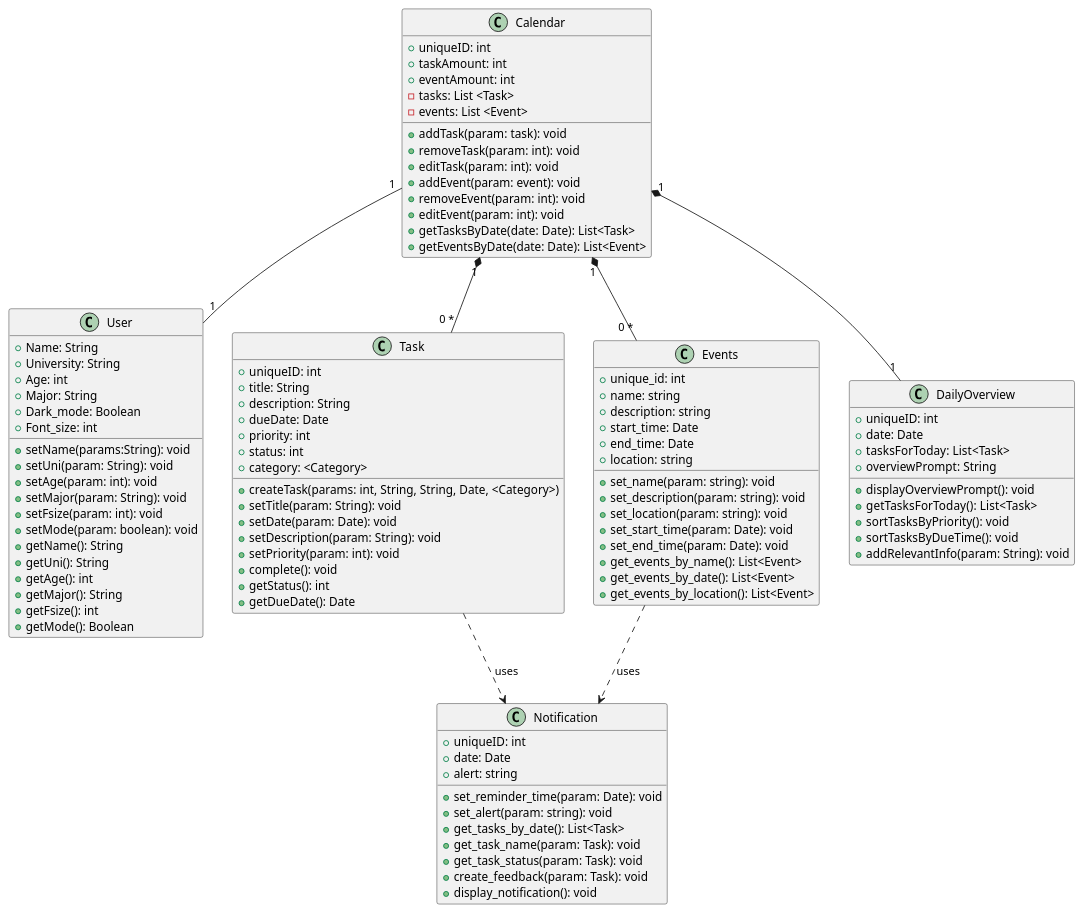
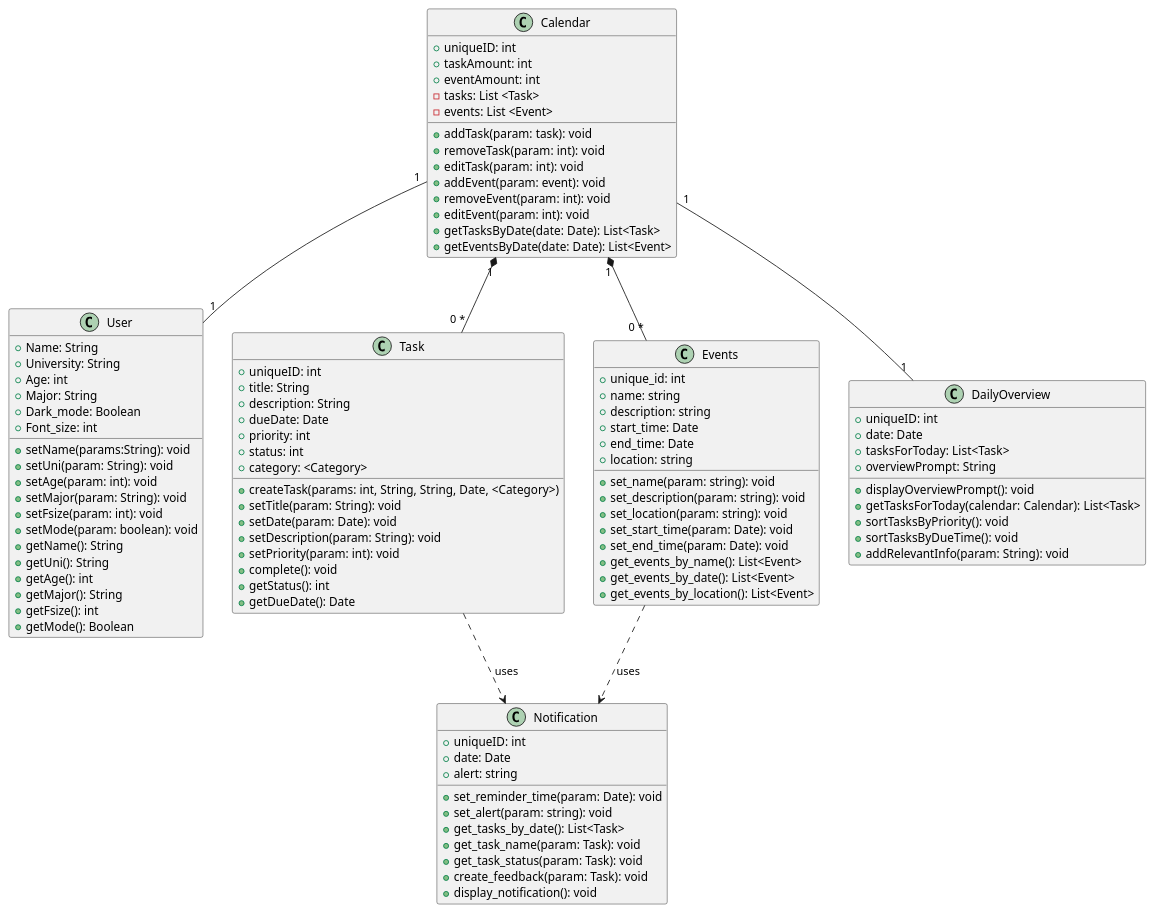
The diagram in assignment6/Diagram.puml (CS361-2024Fall-Term/Innovators), drawn with PlantUML before and after one commit. The commit also changed 1 other file, not shown here.

```diff
--- a/assignment6/Diagram.puml
+++ b/assignment6/Diagram.puml
@@ -1,111 +1,111 @@
 @startuml
 
 class User {
   +Name: String
   +University: String
   +Age: int
   +Major: String
   +Dark_mode: Boolean
   +Font_size: int
   +setName(params:String): void
   +setUni(param: String): void
   +setAge(param: int): void
   +setMajor(param: String): void
   +setFsize(param: int): void
   +setMode(param: boolean): void
   +getName(): String
   +getUni(): String
   +getAge(): int
   +getMajor(): String
   +getFsize(): int
   +getMode(): Boolean
  
 }
 
 class Calendar{
   +uniqueID: int  
   +taskAmount: int
   +eventAmount: int
   -tasks: List <Task>
   -events: List <Event>
   +addTask(param: task): void
   +removeTask(param: int): void
   +editTask(param: int): void
   +addEvent(param: event): void
   +removeEvent(param: int): void
   +editEvent(param: int): void
   +getTasksByDate(date: Date): List<Task>
   +getEventsByDate(date: Date): List<Event>
 }
 
 class Task {
   +uniqueID: int
   +title: String
   +description: String
   +dueDate: Date
   +priority: int
   +status: int
   +category: <Category>
   +createTask(params: int, String, String, Date, <Category>)
   +setTitle(param: String): void
   +setDate(param: Date): void
   +setDescription(param: String): void
   +setPriority(param: int): void
   +complete(): void
   +getStatus(): int
   +getDueDate(): Date
 }
 
 class Notification {
   +uniqueID: int  
   +date: Date
   +alert: string
   
   +set_reminder_time(param: Date): void
   +set_alert(param: string): void
   +get_tasks_by_date(): List<Task>
   +get_task_name(param: Task): void
   +get_task_status(param: Task): void
   +create_feedback(param: Task): void
   +display_notification(): void
 }
 
 class Events {
   +unique_id: int  
   +name: string
   +description: string
   +start_time: Date
   +end_time: Date
   +location: string
   +set_name(param: string): void
   +set_description(param: string): void
   +set_location(param: string): void
   +set_start_time(param: Date): void
   +set_end_time(param: Date): void
   +get_events_by_name(): List<Event>
   +get_events_by_date(): List<Event>
   +get_events_by_location(): List<Event>
 }
 
 class DailyOverview {
     +uniqueID: int
     +date: Date
     +tasksForToday: List<Task>
     +overviewPrompt: String
 
     +displayOverviewPrompt(): void
-    +getTasksForToday(): List<Task>
+    +getTasksForToday(calendar: Calendar): List<Task>
     +sortTasksByPriority(): void
     +sortTasksByDueTime(): void
     +addRelevantInfo(param: String): void
 }
 
 Calendar "1" -- "1" User
 Calendar "1" *-- "0 *" Task
 Calendar "1" *-- "0 *" Events
 Task ..> Notification: uses
 Events ..> Notification: uses
-Calendar "1" *-- "1" DailyOverview
+Calendar "1" -- "1" DailyOverview
 
 
 @enduml
```
